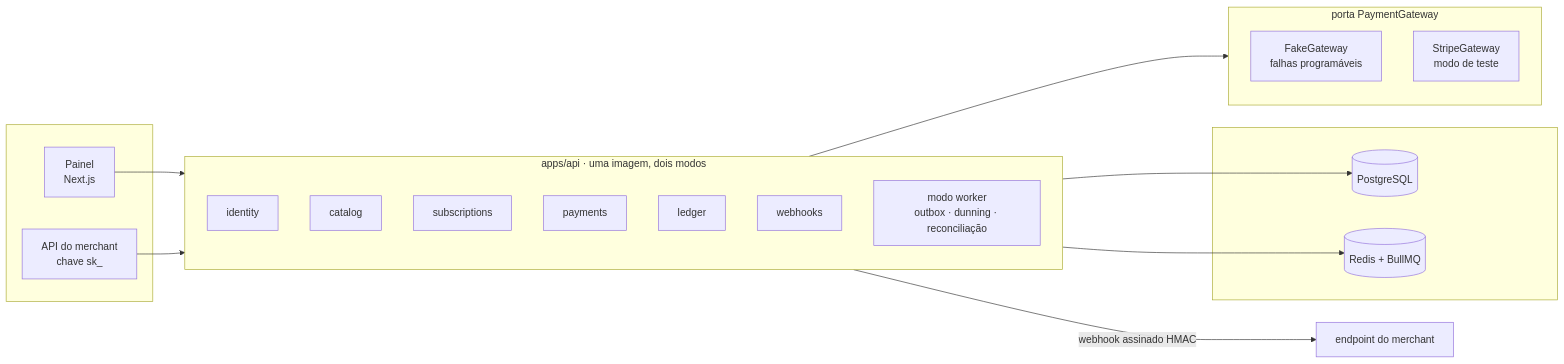
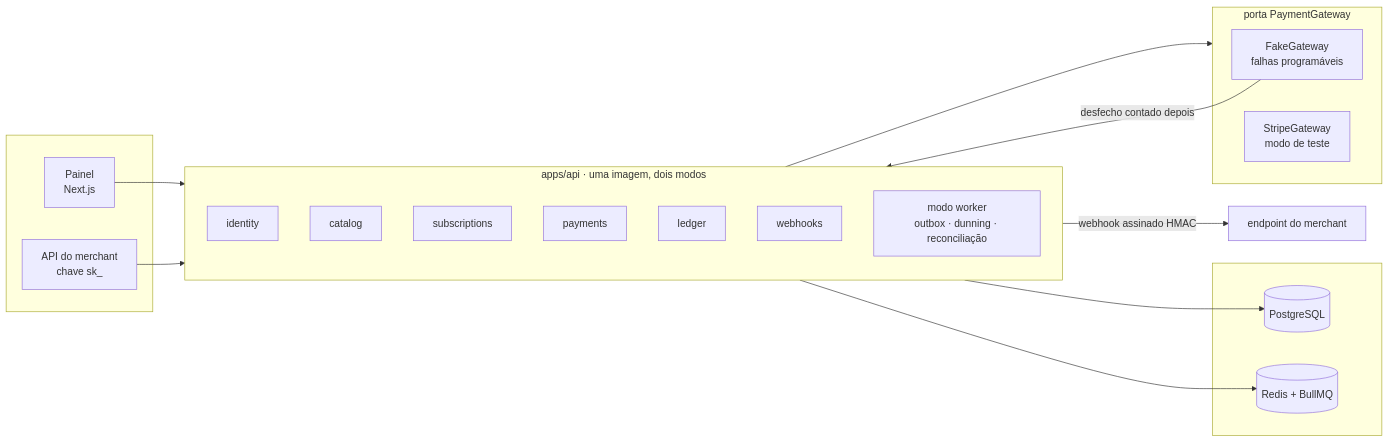
The diagram in README.md (coder-gaia/PayNow), drawn with Mermaid before and after one commit. The commit also changed other lines of this file and 26 other files, not shown here.

````diff
--- a/README.md
+++ b/README.md
@@ -129,35 +130,36 @@
 ```mermaid
 flowchart LR
     subgraph clientes[" "]
         painel["Painel<br/>Next.js"]
         merchant["API do merchant<br/>chave sk_"]
     end
 
     subgraph api["apps/api  ·  uma imagem, dois modos"]
         direction TB
         identity["identity"]
         catalog["catalog"]
         subs["subscriptions"]
         pay["payments"]
         ledger["ledger"]
         hooks["webhooks"]
         worker["modo worker<br/>outbox · dunning · reconciliação"]
     end
 
     subgraph dados[" "]
         pg[("PostgreSQL")]
         redis[("Redis + BullMQ")]
     end
 
     subgraph gateways["porta PaymentGateway"]
         fake["FakeGateway<br/>falhas programáveis"]
         stripe["StripeGateway<br/>modo de teste"]
     end
 
     painel --> api
     merchant --> api
     api --> pg
     api --> redis
     api --> gateways
     hooks -- "webhook assinado HMAC" --> destino["endpoint do merchant"]
+    fake -- "desfecho contado depois" --> hooks
 ```
````
